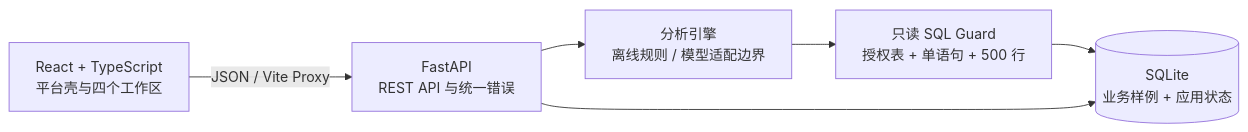
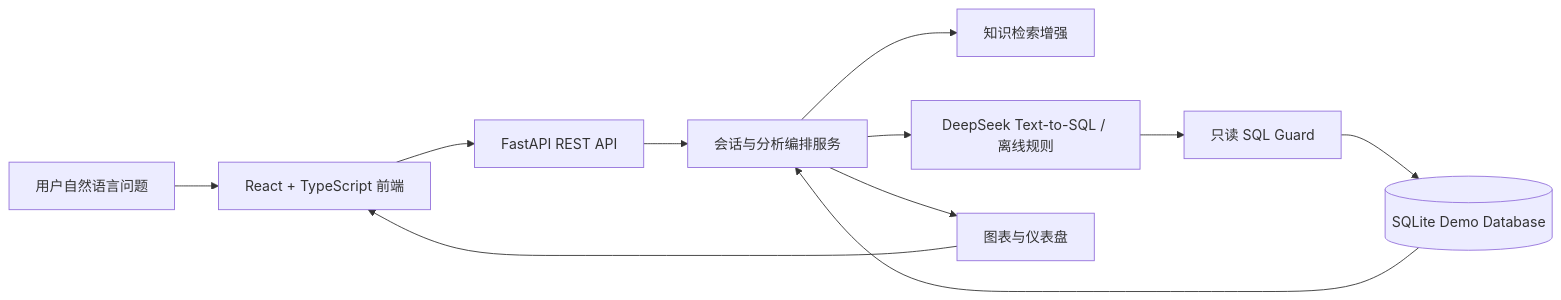
The diagram in docs/智能问数优化实施计划书.md (JojoZhu9/geniusq-daas-platform), drawn with Mermaid before and after one commit. The commit also changed other lines of this file and 6 other files, not shown here.

````diff
--- a/docs/智能问数优化实施计划书.md
+++ b/docs/智能问数优化实施计划书.md
@@ -101,13 +130,23 @@
 ```mermaid
 flowchart LR
-  UI[React + TypeScript\n平台壳与四个工作区]
-  API[FastAPI\nREST API 与统一错误]
-  ENGINE[分析引擎\n离线规则 / 模型适配边界]
-  GUARD[只读 SQL Guard\n授权表 + 单语句 + 500 行]
-  DB[(SQLite\n业务样例 + 应用状态)]
-  UI -->|JSON / Vite Proxy| API
-  API --> ENGINE
-  ENGINE --> GUARD
+  USER[用户自然语言问题]
+  UI[React + TypeScript 前端]
+  API[FastAPI REST API]
+  ORCH[会话与分析编排服务]
+  RAG[知识检索增强]
+  LLM[DeepSeek Text-to-SQL / 离线规则]
+  GUARD[只读 SQL Guard]
+  DB[(SQLite Demo Database)]
+  CHART[图表与仪表盘]
+
+  USER --> UI
+  UI --> API
+  API --> ORCH
+  ORCH --> RAG
+  ORCH --> LLM
+  LLM --> GUARD
   GUARD --> DB
-  API --> DB
+  DB --> ORCH
+  ORCH --> CHART
+  CHART --> UI
 ```
````
